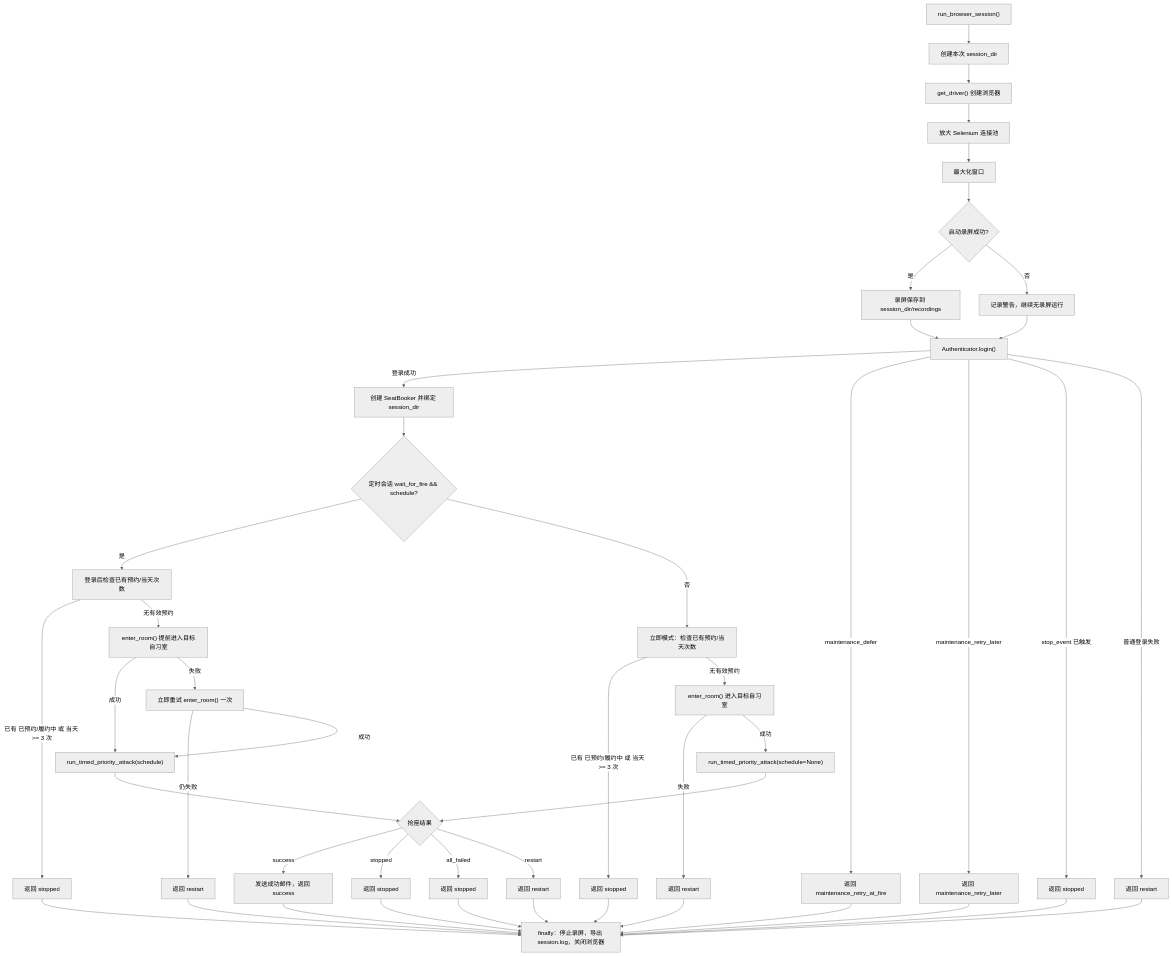
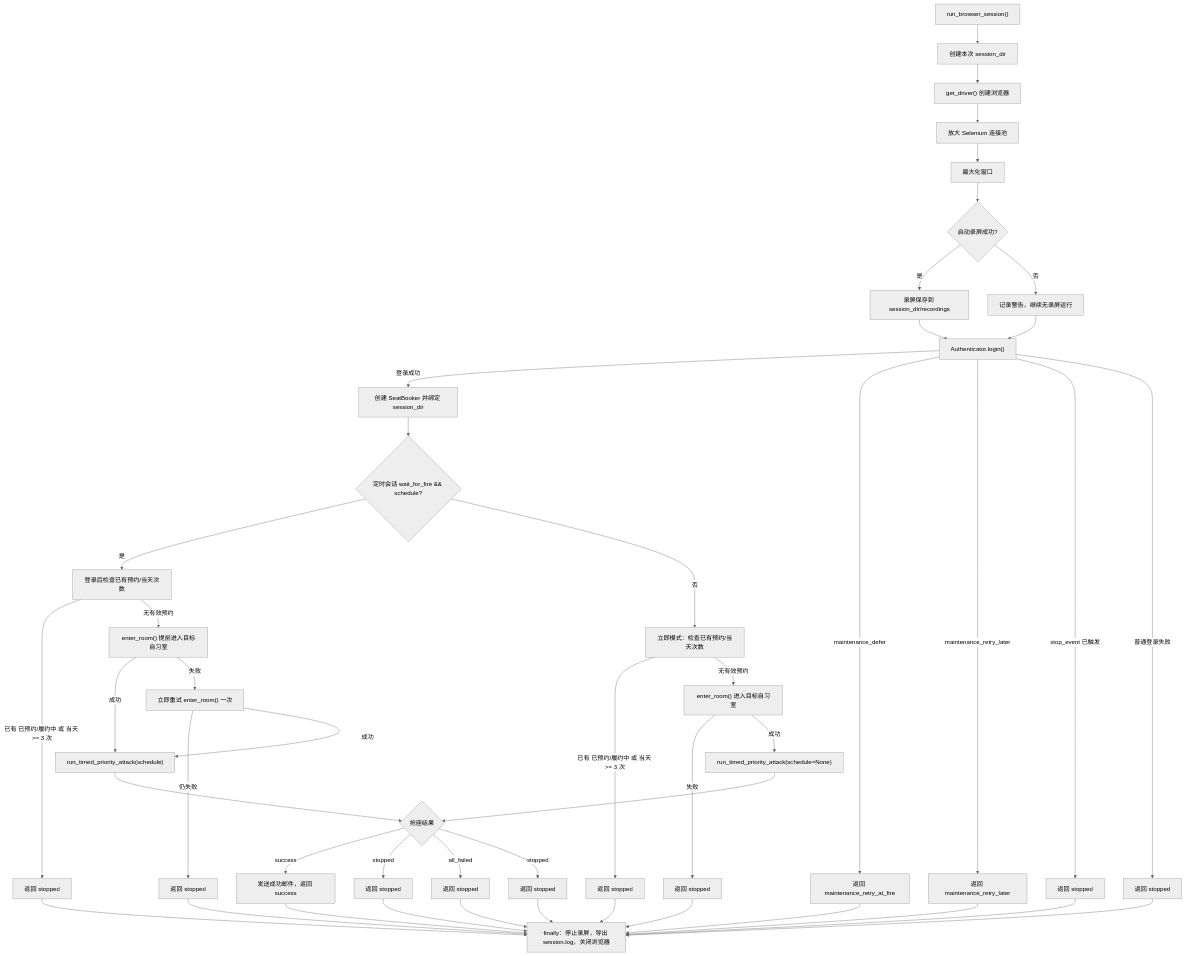
The second of 10 diagrams in docs/BOOKING_FLOWCHART.md (XUNRANA/LNU-LibSeat-Automation), drawn with Mermaid (neutral theme) before and after one commit. The commit also changed other lines of this file and 64 other files, not shown here.

````diff
--- a/docs/BOOKING_FLOWCHART.md
+++ b/docs/BOOKING_FLOWCHART.md
@@ -51,54 +53,54 @@
 ```mermaid
 flowchart TD
     A["run_browser_session()"] --> B["创建本次 session_dir"]
     B --> C["get_driver() 创建浏览器"]
     C --> D["放大 Selenium 连接池"]
     D --> E["最大化窗口"]
     E --> F{"启动录屏成功?"}
     F -- "是" --> G["录屏保存到 session_dir/recordings"]
     F -- "否" --> G1["记录警告，继续无录屏运行"]
     G --> H["Authenticator.login()"]
     G1 --> H
 
     H -- "登录成功" --> I["创建 SeatBooker 并绑定 session_dir"]
     H -- "maintenance_defer" --> R1["返回 maintenance_retry_at_fire"]
     H -- "maintenance_retry_later" --> R2["返回 maintenance_retry_later"]
     H -- "stop_event 已触发" --> R3["返回 stopped"]
-    H -- "普通登录失败" --> R4["返回 restart"]
+    H -- "普通登录失败" --> R4["返回 stopped"]
 
     I --> J{"定时会话 wait_for_fire && schedule?"}
 
     J -- "是" --> K["登录后检查已有预约/当天次数"]
     K -- "已有 已预约/履约中 或 当天 >= 3 次" --> S1["返回 stopped"]
     K -- "无有效预约" --> L["enter_room() 提前进入目标自习室"]
     L -- "成功" --> M["run_timed_priority_attack(schedule)"]
     L -- "失败" --> L2["立即重试 enter_room() 一次"]
-    L2 -- "仍失败" --> R5["返回 restart"]
+    L2 -- "仍失败" --> R5["返回 stopped"]
     L2 -- "成功" --> M
 
     J -- "否" --> N["立即模式：检查已有预约/当天次数"]
     N -- "已有 已预约/履约中 或 当天 >= 3 次" --> S2["返回 stopped"]
     N -- "无有效预约" --> O["enter_room() 进入目标自习室"]
-    O -- "失败" --> R6["返回 restart"]
+    O -- "失败" --> R6["返回 stopped"]
     O -- "成功" --> P["run_timed_priority_attack(schedule=None)"]
 
     M --> Q{"抢座结果"}
     P --> Q
     Q -- "success" --> T1["发送成功邮件，返回 success"]
     Q -- "stopped" --> T2["返回 stopped"]
     Q -- "all_failed" --> T3["返回 stopped"]
-    Q -- "restart" --> T4["返回 restart"]
+    Q -- "stopped" --> T4["返回 stopped"]
 
     R1 --> FIN["finally：停止录屏，导出 session.log，关闭浏览器"]
     R2 --> FIN
     R3 --> FIN
     R4 --> FIN
     R5 --> FIN
     R6 --> FIN
     S1 --> FIN
     S2 --> FIN
     T1 --> FIN
     T2 --> FIN
     T3 --> FIN
     T4 --> FIN
 ```
````
